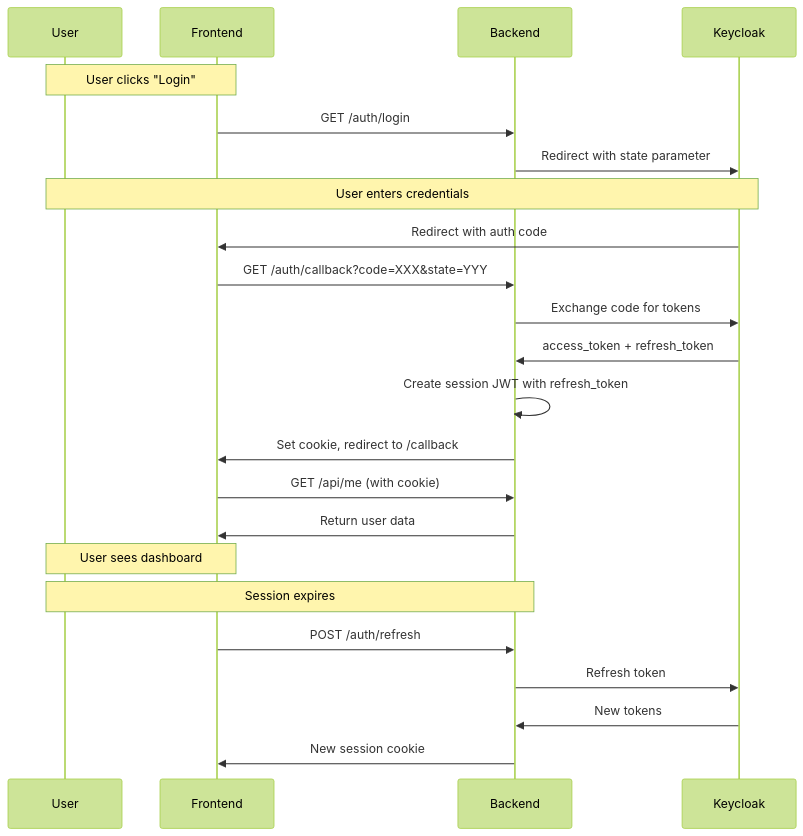
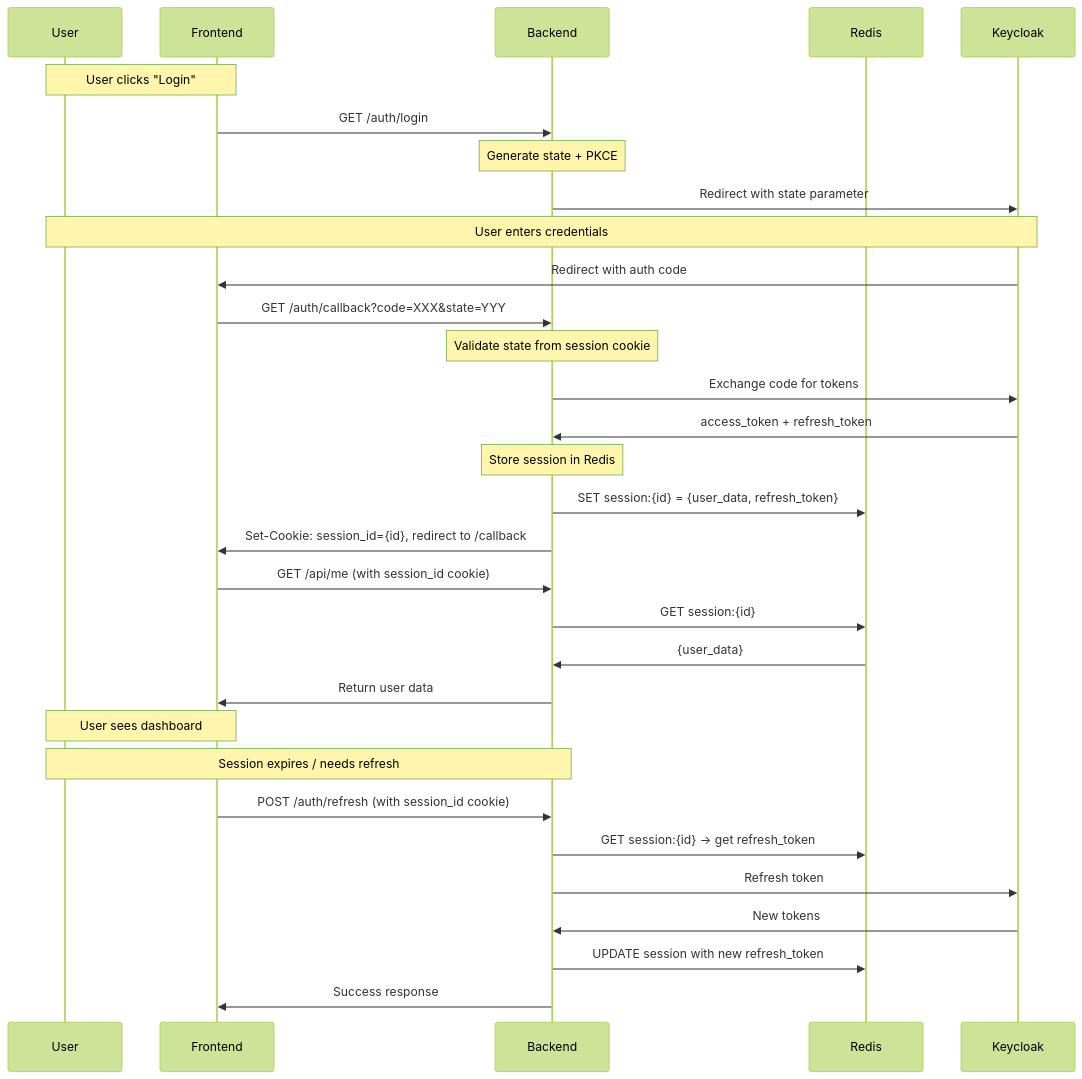
One commit to manishk-variyas/oauth2.0POC changed the diagram in docs/auth-guide.md. Above: the diagram before and after it, drawn with Mermaid (forest theme). The commit also changed other lines of this file and 7 other files, not shown here.

Commit message:
added redis based session management

````diff
--- a/docs/auth-guide.md
+++ b/docs/auth-guide.md
@@ -53,32 +62,40 @@
 ```mermaid
 sequenceDiagram
     participant User
     participant Frontend
     participant Backend
+    participant Redis
     participant Keycloak
 
     Note over User, Frontend: User clicks "Login"
     Frontend->>Backend: GET /auth/login
+    Note over Backend: Generate state + PKCE
     Backend->>Keycloak: Redirect with state parameter
     
     Note over User, Keycloak: User enters credentials
     Keycloak->>Frontend: Redirect with auth code
     
     Frontend->>Backend: GET /auth/callback?code=XXX&state=YYY
+    Note over Backend: Validate state from session cookie
     Backend->>Keycloak: Exchange code for tokens
     Keycloak->>Backend: access_token + refresh_token
     
-    Backend->>Backend: Create session JWT with refresh_token
-    Backend->>Frontend: Set cookie, redirect to /callback
+    Note over Backend: Store session in Redis
+    Backend->>Redis: SET session:{id} = {user_data, refresh_token}
+    Backend->>Frontend: Set-Cookie: session_id={id}, redirect to /callback
     
-    Frontend->>Backend: GET /api/me (with cookie)
+    Frontend->>Backend: GET /api/me (with session_id cookie)
+    Backend->>Redis: GET session:{id}
+    Redis->>Backend: {user_data}
     Backend->>Frontend: Return user data
     
     Note over Frontend, User: User sees dashboard
     
-    Note over User, Backend: Session expires
-    Frontend->>Backend: POST /auth/refresh
+    Note over User, Backend: Session expires / needs refresh
+    Frontend->>Backend: POST /auth/refresh (with session_id cookie)
+    Backend->>Redis: GET session:{id} -> get refresh_token
     Backend->>Keycloak: Refresh token
     Keycloak->>Backend: New tokens
-    Backend->>Frontend: New session cookie
+    Backend->>Redis: UPDATE session with new refresh_token
+    Backend->>Frontend: Success response
 ```
````
